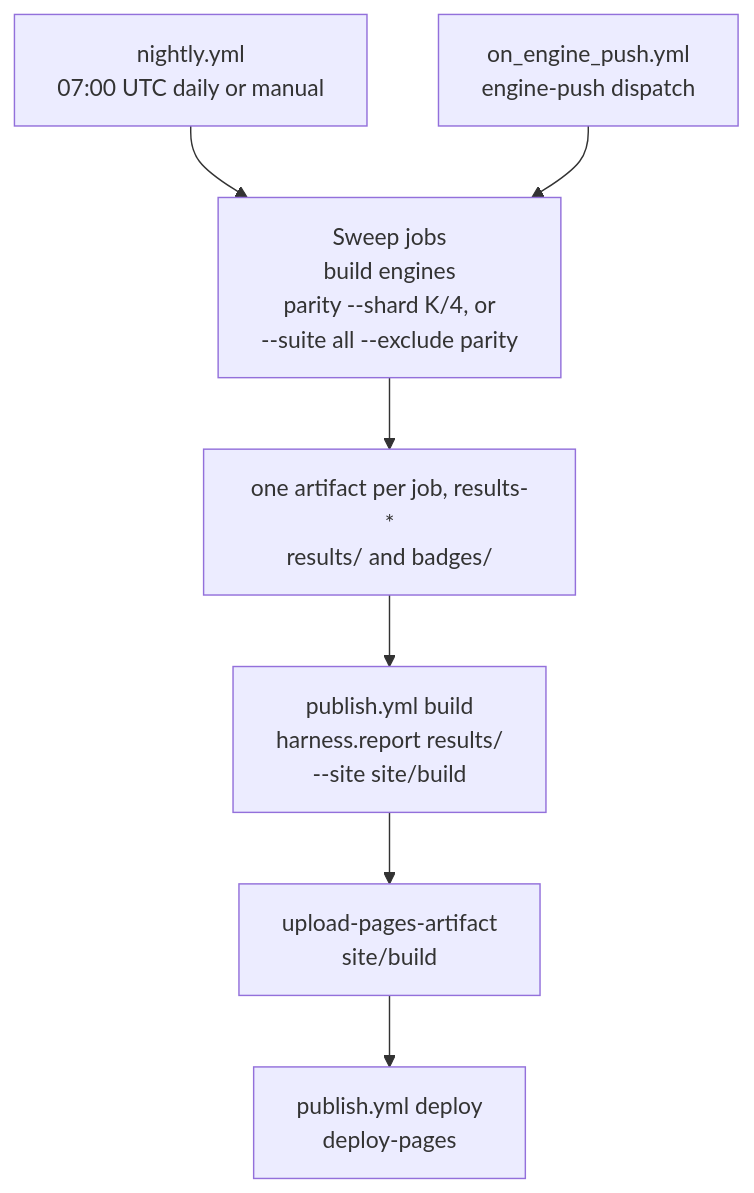
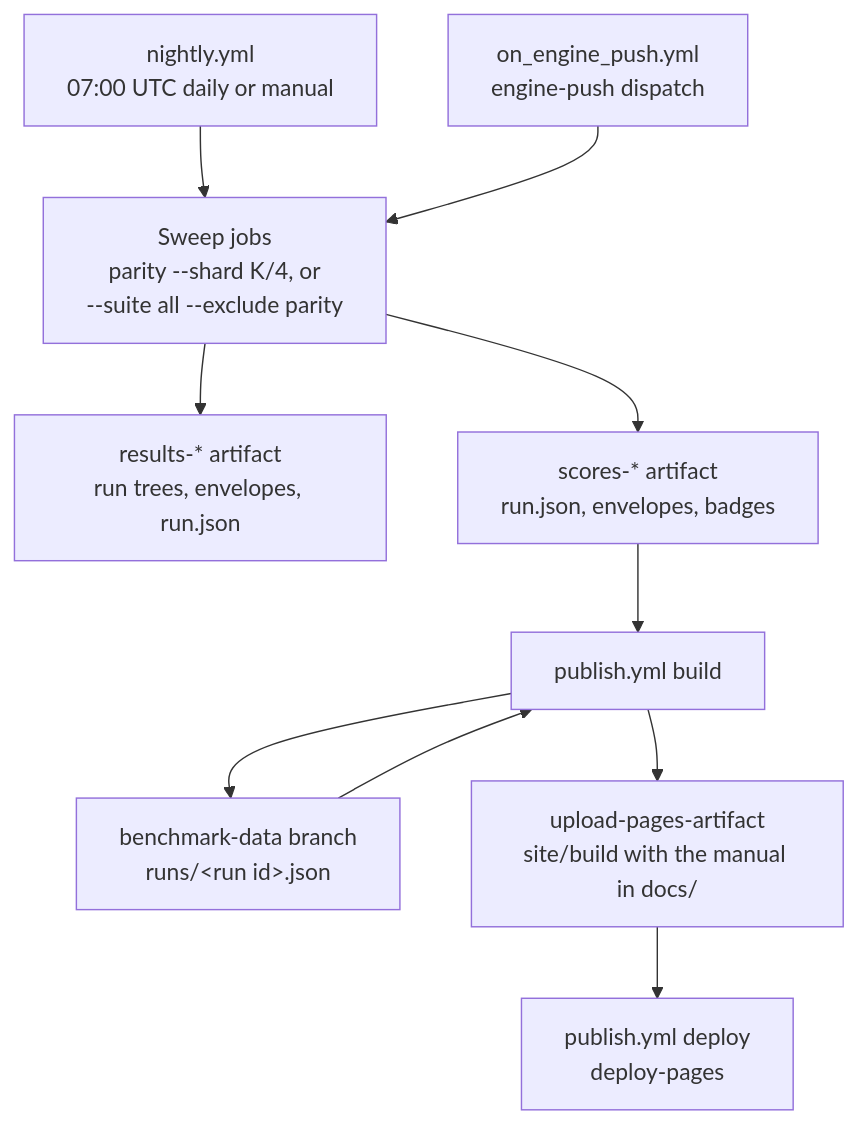
The diagram in docs/manual/guides/dashboard.rst (HydroCouple/openswmm.engine.benchmarks), drawn with Mermaid before and after one commit. The commit also changed other lines of this file and 5 other files, not shown here.

First line of the commit message:
Publish run manifests, history and the manual with the dashboard

```diff
--- a/docs/manual/guides/dashboard.rst
+++ b/docs/manual/guides/dashboard.rst
@@ -16,11 +23,14 @@
 .. mermaid::
    :caption: How a scheduled or dispatched sweep reaches GitHub Pages.
    :alt: Flowchart from the sweep workflows to the Pages deployment
 
    flowchart TD
      nightly["nightly.yml<br/>07:00 UTC daily or manual"] --> sweep
      push["on_engine_push.yml<br/>engine-push dispatch"] --> sweep
-     sweep["Sweep jobs<br/>build engines<br/>parity --shard K/4, or<br/>--suite all --exclude parity"] --> artifact["one artifact per job, results-*<br/>results/ and badges/"]
-     artifact --> build["publish.yml build<br/>harness.report results/<br/>--site site/build"]
-     build --> pages["upload-pages-artifact<br/>site/build"]
+     sweep["Sweep jobs<br/>parity --shard K/4, or<br/>--suite all --exclude parity"] --> evidence["results-* artifact<br/>run trees, envelopes, run.json"]
+     sweep --> scores["scores-* artifact<br/>run.json, envelopes, badges"]
+     scores --> build["publish.yml build"]
+     build --> history["benchmark-data branch<br/>runs/&lt;run id&gt;.json"]
+     history --> build
+     build --> pages["upload-pages-artifact<br/>site/build with the manual in docs/"]
      pages --> deploy["publish.yml deploy<br/>deploy-pages"]
```
